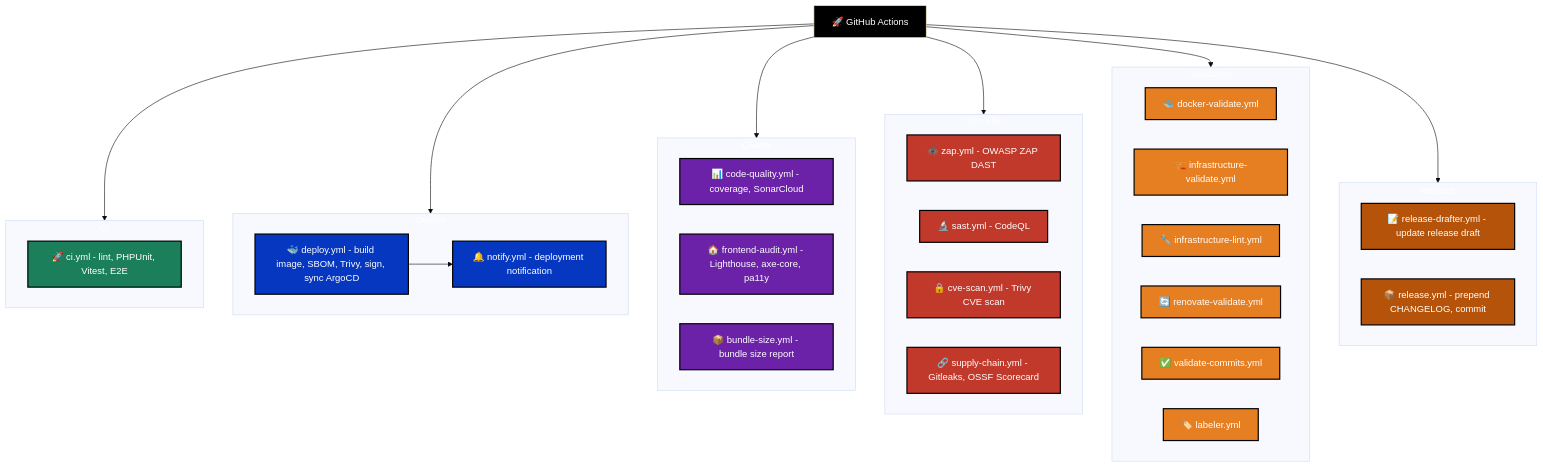
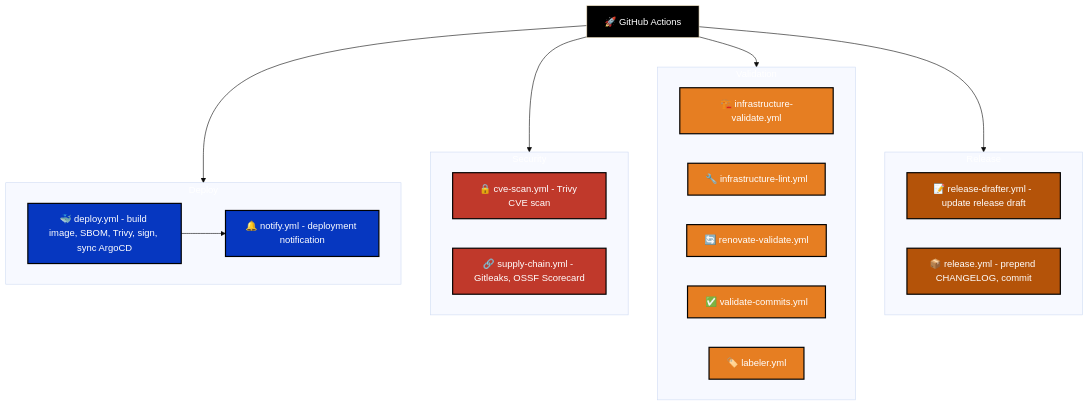
Before and after one commit to developer-samuel/levelup-store: the diagram in docs/diagrams/graphs/tooling/workflows.mmd, drawn with Mermaid (base theme). The commit also changed 99 other files, not shown here.

```diff
--- a/docs/diagrams/graphs/tooling/workflows.mmd
+++ b/docs/diagrams/graphs/tooling/workflows.mmd
@@ -1,71 +1,50 @@
 graph TD
     %% Class Styles
     classDef root fill:#000, color:#fff;
-    classDef ci fill:#1a7f5a, color:#fff, stroke:#000, stroke-width:2px;
     classDef deploy fill:#0637c0, color:#fff, stroke:#000, stroke-width:2px;
-    classDef quality fill:#6b21a8, color:#fff, stroke:#000, stroke-width:2px;
     classDef security fill:#c0392b, color:#fff, stroke:#000, stroke-width:2px;
     classDef validation fill:#e67e22, color:#fff, stroke:#000, stroke-width:2px;
     classDef release fill:#b45309, color:#fff, stroke:#000, stroke-width:2px;
 
     %% Root
     GHA[🚀 GitHub Actions]:::root
 
-    %% ── CI ────────────────────────────────────────────────────────────────
-
-    subgraph CI["CI"]
-        CIYml[🚀 ci.yml - lint, PHPUnit, Vitest, E2E]:::ci
-    end
-
-    %% ── Deploy ────────────────────────────────────────────────────────────
+    %% ── Deploy ────────────────────────────────────────────────────────────────
 
     subgraph Deploy["Deploy"]
         DeployYml[🐳 deploy.yml - build image, SBOM, Trivy, sign, sync ArgoCD]:::deploy
         NotifyYml[🔔 notify.yml - deployment notification]:::deploy
     end
 
-    %% ── Quality ───────────────────────────────────────────────────────────
-
-    subgraph Quality["Quality"]
-        CodeQuality[📊 code-quality.yml - coverage, SonarCloud]:::quality
-        FrontendAudit[🏠 frontend-audit.yml - Lighthouse, axe-core, pa11y]:::quality
-        BundleSize[📦 bundle-size.yml - bundle size report]:::quality
-    end
-
-    %% ── Security ──────────────────────────────────────────────────────────
+    %% ── Security ──────────────────────────────────────────────────────────────
 
     subgraph Security["Security"]
-        Zap[🕷️ zap.yml - OWASP ZAP DAST]:::security
-        Sast[🔬 sast.yml - CodeQL]:::security
         CveScan[🔒 cve-scan.yml - Trivy CVE scan]:::security
         SupplyChain[🔗 supply-chain.yml - Gitleaks, OSSF Scorecard]:::security
     end
 
-    %% ── Validation ────────────────────────────────────────────────────────
+    %% ── Validation ────────────────────────────────────────────────────────────
 
     subgraph Validation["Validation"]
-        DockerValidate[🐳 docker-validate.yml]:::validation
         InfraValidate[🏗️ infrastructure-validate.yml]:::validation
         InfraLint[🔧 infrastructure-lint.yml]:::validation
         RenovateValidate[🔄 renovate-validate.yml]:::validation
         ValidateCommits[✅ validate-commits.yml]:::validation
         Labeler[🏷️ labeler.yml]:::validation
     end
 
-    %% ── Release ───────────────────────────────────────────────────────────
+    %% ── Release ───────────────────────────────────────────────────────────────
 
     subgraph Release["Release"]
         ReleaseDrafter[📝 release-drafter.yml - update release draft]:::release
         ReleaseYml[📦 release.yml - prepend CHANGELOG, commit]:::release
     end
 
     %% Connections
-    GHA --> CI
     GHA --> Deploy
-    GHA --> Quality
     GHA --> Security
     GHA --> Validation
     GHA --> Release
 
     %% Deploy flow
     DeployYml --> NotifyYml
```
